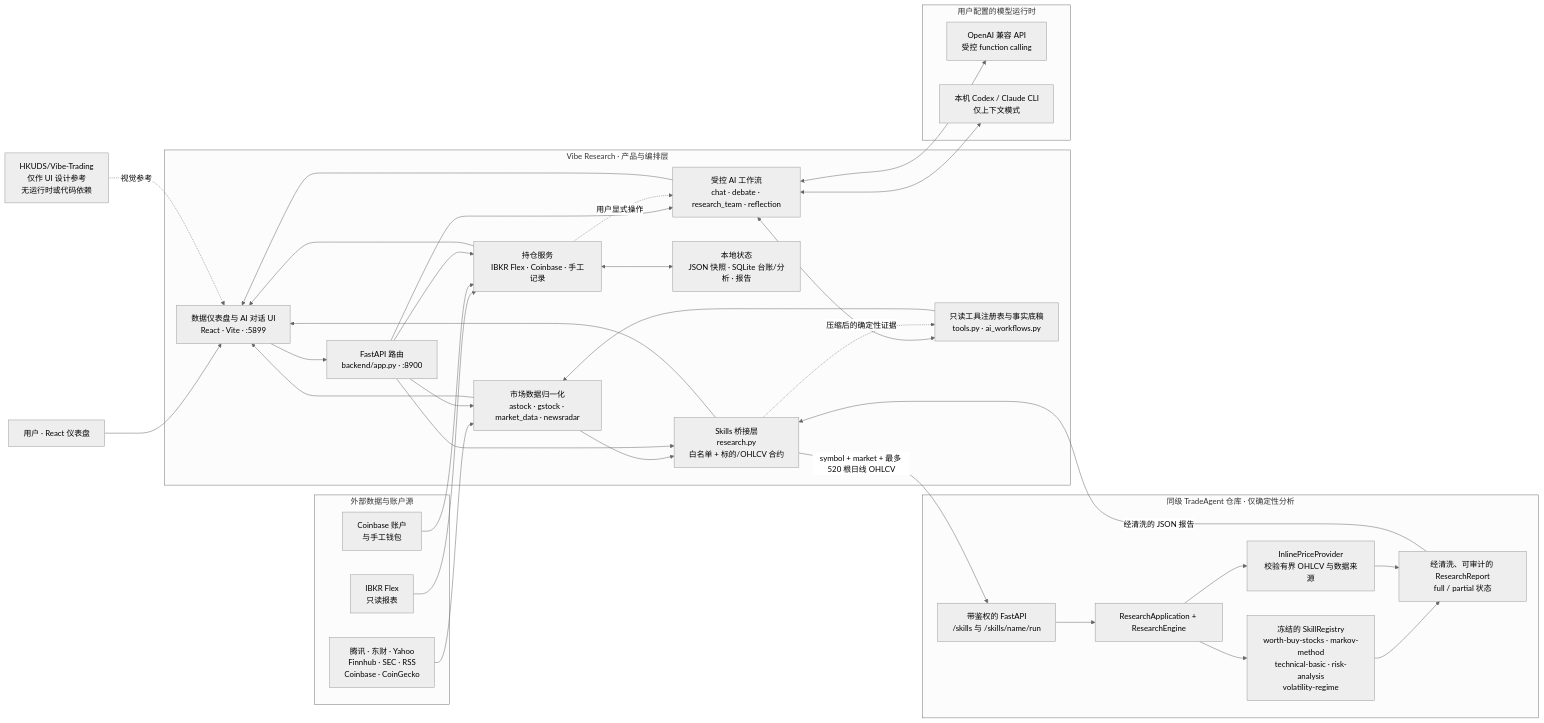
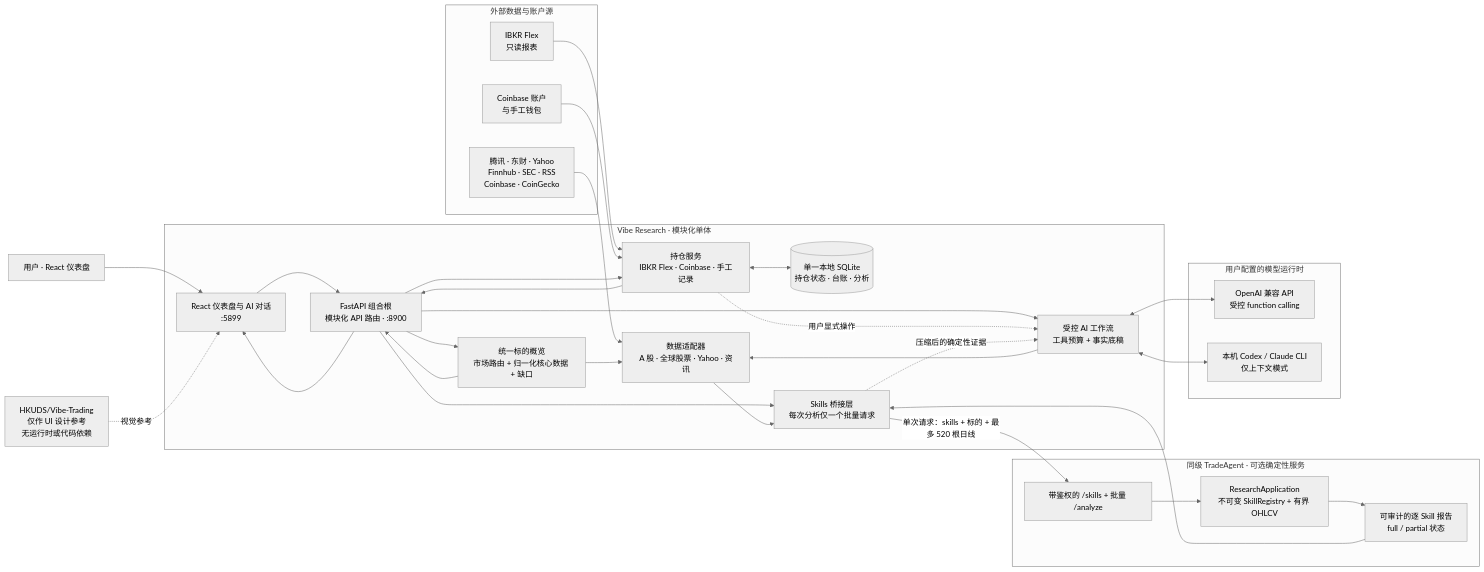
Before and after one commit to MC-Kangan/Vibe-Research: the diagram in README.md, drawn with Mermaid (neutral theme). The commit also changed other lines of this file and 38 other files, not shown here.

Commit message:
Simplify application architecture and data flows

````diff
--- a/README.md
+++ b/README.md
@@ -138,64 +143,56 @@
 ```mermaid
 flowchart LR
     User["用户 · React 仪表盘"]
 
-    subgraph VR["Vibe Research · 产品与编排层"]
-        UI["数据仪表盘与 AI 对话 UI<br/>React · Vite · :5899"]
-        API["FastAPI 路由<br/>backend/app.py · :8900"]
-        Data["市场数据归一化<br/>astock · gstock · market_data · newsradar"]
-        AI["受控 AI 工作流<br/>chat · debate · research_team · reflection"]
-        Tools["只读工具注册表与事实底稿<br/>tools.py · ai_workflows.py"]
+    subgraph VR["Vibe Research · 模块化单体"]
+        UI["React 仪表盘与 AI 对话<br/>:5899"]
+        API["FastAPI 组合根<br/>模块化 API 路由 · :8900"]
+        Overview["统一标的概览<br/>市场路由 + 归一化核心数据 + 缺口"]
+        Data["数据适配器<br/>A 股 · 全球股票 · Yahoo · 资讯"]
+        AI["受控 AI 工作流<br/>工具预算 + 事实底稿"]
         Positions["持仓服务<br/>IBKR Flex · Coinbase · 手工记录"]
-        Ledger["本地状态<br/>JSON 快照 · SQLite 台账/分析 · 报告"]
-        Bridge["Skills 桥接层<br/>research.py<br/>白名单 + 标的/OHLCV 合约"]
+        SQLite[("单一本地 SQLite<br/>持仓状态 · 台账 · 分析")]
+        Bridge["Skills 桥接层<br/>每次分析仅一个批量请求"]
     end
 
     subgraph Sources["外部数据与账户源"]
         Public["腾讯 · 东财 · Yahoo<br/>Finnhub · SEC · RSS<br/>Coinbase · CoinGecko"]
         Broker["IBKR Flex<br/>只读报表"]
         Wallet["Coinbase 账户<br/>与手工钱包"]
     end
 
-    subgraph TA["同级 TradeAgent 仓库 · 仅确定性分析"]
-        TAHTTP["带鉴权的 FastAPI<br/>/skills 与 /skills/name/run"]
-        App["ResearchApplication + ResearchEngine"]
-        Registry["冻结的 SkillRegistry<br/>worth-buy-stocks · markov-method<br/>technical-basic · risk-analysis<br/>volatility-regime"]
-        Inline["InlinePriceProvider<br/>校验有界 OHLCV 与数据来源"]
-        Report["经清洗、可审计的 ResearchReport<br/>full / partial 状态"]
+    subgraph TA["同级 TradeAgent · 可选确定性服务"]
+        TAHTTP["带鉴权的 /skills + 批量 /analyze"]
+        Engine["ResearchApplication<br/>不可变 SkillRegistry + 有界 OHLCV"]
+        Report["可审计的逐 Skill 报告<br/>full / partial 状态"]
     end
 
     subgraph Models["用户配置的模型运行时"]
         ModelAPI["OpenAI 兼容 API<br/>受控 function calling"]
         ModelCLI["本机 Codex / Claude CLI<br/>仅上下文模式"]
     end
 
     VibeTrading["HKUDS/Vibe-Trading<br/>仅作 UI 设计参考<br/>无运行时或代码依赖"]
 
     User --> UI --> API
     Public --> Data
-    API --> Data --> UI
+    API --> Overview --> Data
+    Overview --> API --> UI
     API --> AI
-    AI <--> Tools
-    Tools --> Data
+    AI --> Data
     AI <--> ModelAPI
     AI <--> ModelCLI
-    AI --> UI
 
     Broker --> Positions
     Wallet --> Positions
-    API --> Positions <--> Ledger
-    Positions --> UI
+    API --> Positions <--> SQLite
+    Positions --> API
     Positions -. "用户显式操作" .-> AI
 
+    API --> Bridge
     Data --> Bridge
-    API --> Bridge
-    Bridge -- "symbol + market + 最多 520 根日线 OHLCV" --> TAHTTP
-    TAHTTP --> App --> Registry
-    App --> Inline
-    Registry --> Report
-    Inline --> Report
-    Report -- "经清洗的 JSON 报告" --> Bridge
-    Bridge --> UI
-    Bridge -. "压缩后的确定性证据" .-> Tools
+    Bridge -- "单次请求：skills + 标的 + 最多 520 根日线" --> TAHTTP
+    TAHTTP --> Engine --> Report --> Bridge
+    Bridge -. "压缩后的确定性证据" .-> AI
     VibeTrading -. "视觉参考" .-> UI
 ```
````
